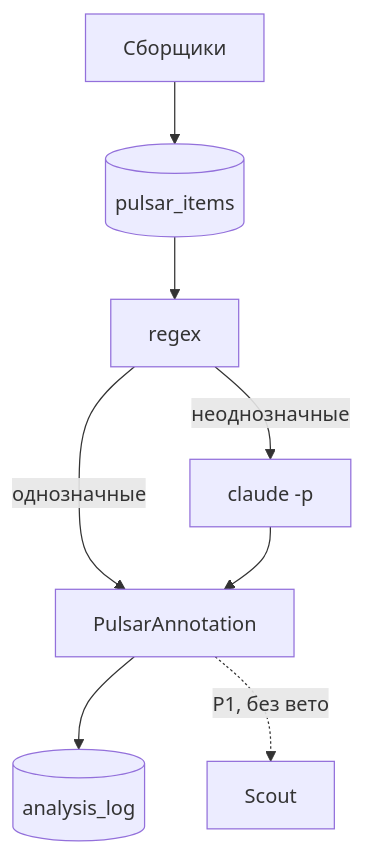
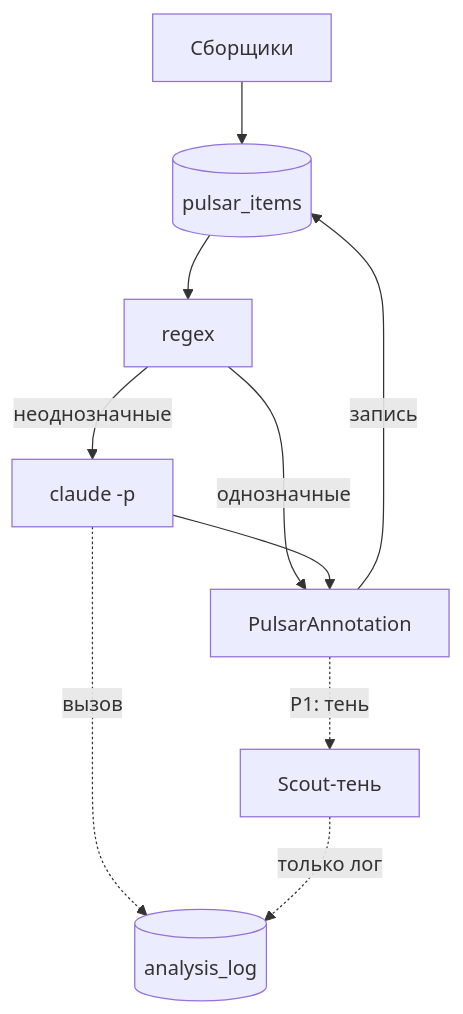
Before and after one commit to IvanBzz/OSKAR: the third of 3 diagrams in vault/progress/Календарь событий в oskard без LLM, Pulsar — наблюдатель без вето (дизайн Sentinel).md, drawn with Mermaid. The commit also changed other lines of this file and 2 other files, not shown here.

````diff
--- a/vault/progress/Календарь событий в oskard без LLM, Pulsar — наблюдатель без вето (дизайн Sentinel).md
+++ b/vault/progress/Календарь событий в oskard без LLM, Pulsar — наблюдатель без вето (дизайн Sentinel).md
@@ -296,11 +309,13 @@
 ```mermaid
 %%{init: {"themeVariables": {"fontSize": "16px"}, "flowchart": {"useMaxWidth": false}}}%%
 flowchart TB
   COL["Сборщики"] --> IT[("pulsar_items")]
   IT --> RX["regex"]
   RX -->|"однозначные"| ANN["PulsarAnnotation"]
   RX -->|"неоднозначные"| LLM["claude -p"]
   LLM --> ANN
-  ANN --> LOG[("analysis_log")]
-  ANN -.->|"P1, без вето"| SC["Scout"]
+  LLM -.->|"вызов"| AL[("analysis_log")]
+  ANN -->|"запись"| IT
+  ANN -.->|"P1: тень"| SH["Scout-тень"]
+  SH -.->|"только лог"| AL
 ```
````
